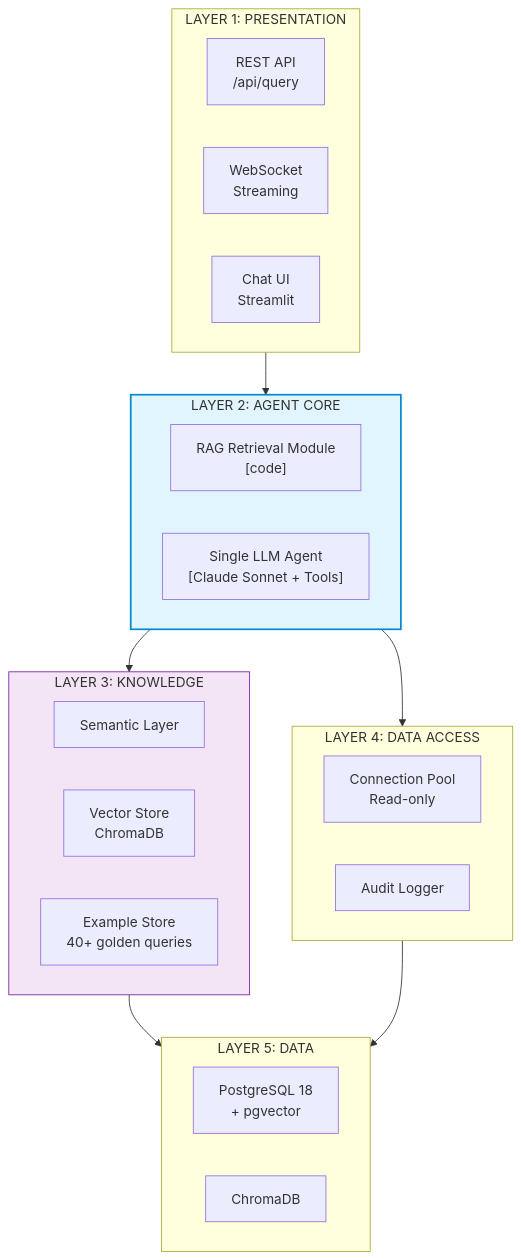
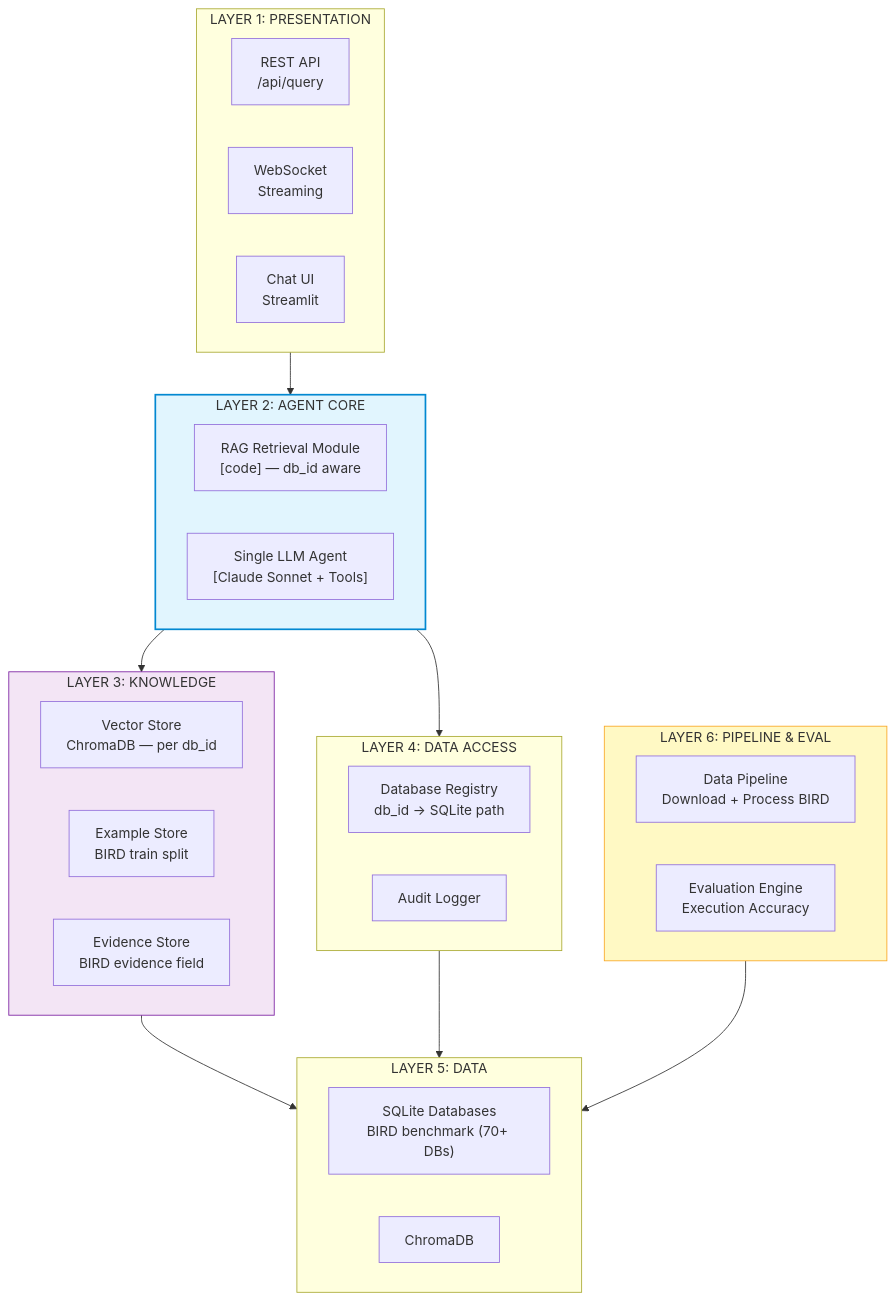
Before and after one commit to Learnheart/Text2SQL: the diagram in docs/03_Technical_Assessment/pattern_2_rag_single_agent/02_components.md, drawn with Mermaid. The commit also changed other lines of this file and 3 other files, not shown here.

First line of the commit message:
rewrite architecture docs — BIRD multi-database + SQLite evaluation

````diff
--- a/docs/03_Technical_Assessment/pattern_2_rag_single_agent/02_components.md
+++ b/docs/03_Technical_Assessment/pattern_2_rag_single_agent/02_components.md
@@ -7,38 +15,45 @@
 ```mermaid
 graph TB
     subgraph L1["LAYER 1: PRESENTATION"]
         API["REST API<br/>/api/query"]
         WS["WebSocket<br/>Streaming"]
         UI["Chat UI<br/>Streamlit"]
     end
 
     subgraph L2["LAYER 2: AGENT CORE"]
-        RAG["RAG Retrieval Module<br/>[code]"]
+        RAG["RAG Retrieval Module<br/>[code] — db_id aware"]
         LLM["Single LLM Agent<br/>[Claude Sonnet + Tools]"]
     end
 
     subgraph L3["LAYER 3: KNOWLEDGE"]
-        SL["Semantic Layer"]
-        VS["Vector Store<br/>ChromaDB"]
-        EX["Example Store<br/>40+ golden queries"]
+        VS["Vector Store<br/>ChromaDB — per db_id"]
+        EX["Example Store<br/>BIRD train split"]
+        EV["Evidence Store<br/>BIRD evidence field"]
     end
 
     subgraph L4["LAYER 4: DATA ACCESS"]
-        CP["Connection Pool<br/>Read-only"]
+        DR["Database Registry<br/>db_id → SQLite path"]
         AL["Audit Logger"]
     end
 
     subgraph L5["LAYER 5: DATA"]
-        PG["PostgreSQL 18<br/>+ pgvector"]
+        SQ["SQLite Databases<br/>BIRD benchmark (70+ DBs)"]
         CH["ChromaDB"]
+    end
+
+    subgraph L6["LAYER 6: PIPELINE & EVAL"]
+        DP["Data Pipeline<br/>Download + Process BIRD"]
+        EE["Evaluation Engine<br/>Execution Accuracy"]
     end
 
     L1 --> L2
     L2 --> L3
     L2 --> L4
     L3 --> L5
     L4 --> L5
+    L6 --> L5
 
     style L2 fill:#e1f5fe,stroke:#0288d1,stroke-width:2px
     style L3 fill:#f3e5f5,stroke:#7b1fa2
+    style L6 fill:#fff9c4,stroke:#f9a825
 ```
````
